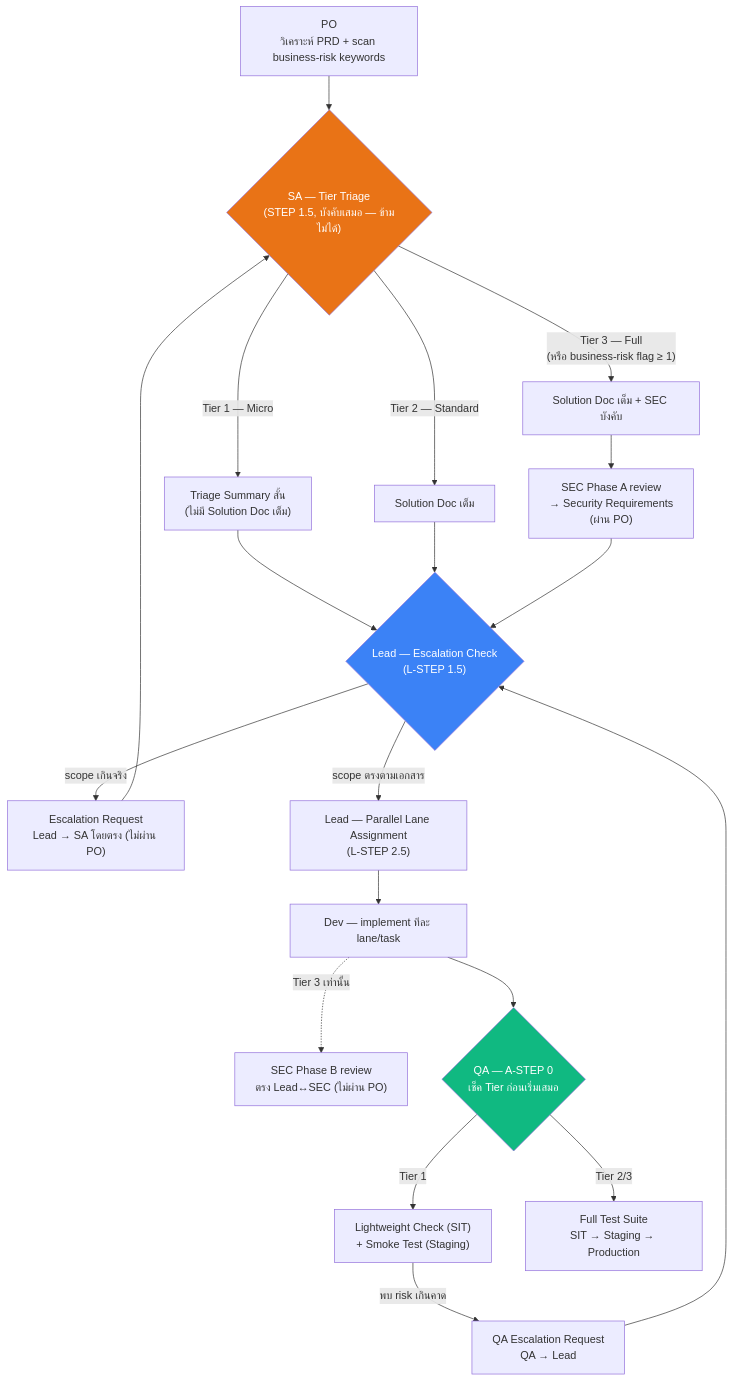
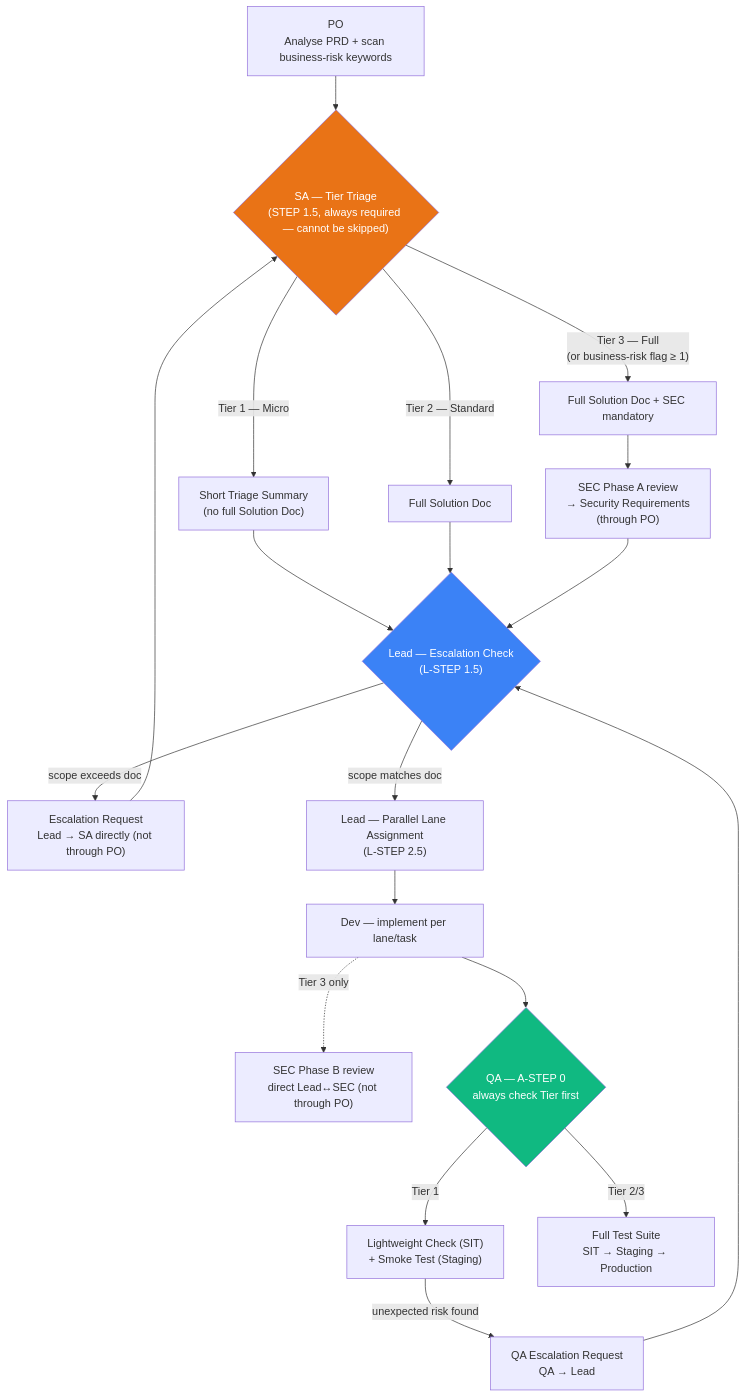
One commit to sarawuth-pimsai/sdlc-playbook changed the fifth of 9 diagrams in docs/WORKFLOW_OVERVIEW.md. Above: the diagram before and after it, drawn with Mermaid. The commit also changed other lines of this file and 36 other files, not shown here.

````diff
--- a/docs/WORKFLOW_OVERVIEW.md
+++ b/docs/WORKFLOW_OVERVIEW.md
@@ -166,32 +166,32 @@
 ```mermaid
 flowchart TD
-    PO["PO\nวิเคราะห์ PRD + scan business-risk keywords"] --> SA_T{"SA — Tier Triage\n(STEP 1.5, บังคับเสมอ — ข้ามไม่ได้)"}
+    PO["PO\nAnalyse PRD + scan business-risk keywords"] --> SA_T{"SA — Tier Triage\n(STEP 1.5, always required — cannot be skipped)"}
 
-    SA_T -->|Tier 1 — Micro| T1["Triage Summary สั้น\n(ไม่มี Solution Doc เต็ม)"]
-    SA_T -->|Tier 2 — Standard| T2["Solution Doc เต็ม"]
-    SA_T -->|"Tier 3 — Full\n(หรือ business-risk flag ≥ 1)"| T3["Solution Doc เต็ม + SEC บังคับ"]
+    SA_T -->|Tier 1 — Micro| T1["Short Triage Summary\n(no full Solution Doc)"]
+    SA_T -->|Tier 2 — Standard| T2["Full Solution Doc"]
+    SA_T -->|"Tier 3 — Full\n(or business-risk flag ≥ 1)"| T3["Full Solution Doc + SEC mandatory"]
 
-    T3 --> SEC["SEC Phase A review\n→ Security Requirements\n(ผ่าน PO)"]
+    T3 --> SEC["SEC Phase A review\n→ Security Requirements\n(through PO)"]
 
     T1 --> Lead_E{"Lead — Escalation Check\n(L-STEP 1.5)"}
     T2 --> Lead_E
     SEC --> Lead_E
 
-    Lead_E -->|scope เกินจริง| ESC["Escalation Request\nLead → SA โดยตรง (ไม่ผ่าน PO)"]
+    Lead_E -->|scope exceeds doc| ESC["Escalation Request\nLead → SA directly (not through PO)"]
     ESC --> SA_T
-    Lead_E -->|scope ตรงตามเอกสาร| Lane["Lead — Parallel Lane Assignment\n(L-STEP 2.5)"]
+    Lead_E -->|scope matches doc| Lane["Lead — Parallel Lane Assignment\n(L-STEP 2.5)"]
 
-    Lane --> Dev["Dev — implement ทีละ lane/task"]
-    Dev -.->|Tier 3 เท่านั้น| SEC_B["SEC Phase B review\nตรง Lead↔SEC (ไม่ผ่าน PO)"]
+    Lane --> Dev["Dev — implement per lane/task"]
+    Dev -.->|Tier 3 only| SEC_B["SEC Phase B review\ndirect Lead↔SEC (not through PO)"]
 
-    Dev --> QA_T{"QA — A-STEP 0\nเช็ค Tier ก่อนเริ่มเสมอ"}
+    Dev --> QA_T{"QA — A-STEP 0\nalways check Tier first"}
     QA_T -->|Tier 1| QA1["Lightweight Check (SIT)\n+ Smoke Test (Staging)"]
     QA_T -->|Tier 2/3| QA23["Full Test Suite\nSIT → Staging → Production"]
 
-    QA1 -->|พบ risk เกินคาด| QESC["QA Escalation Request\nQA → Lead"]
+    QA1 -->|unexpected risk found| QESC["QA Escalation Request\nQA → Lead"]
     QESC --> Lead_E
 
     style SA_T fill:#e97316,color:#fff
     style Lead_E fill:#3b82f6,color:#fff
     style QA_T fill:#10b981,color:#fff
 ```
````
